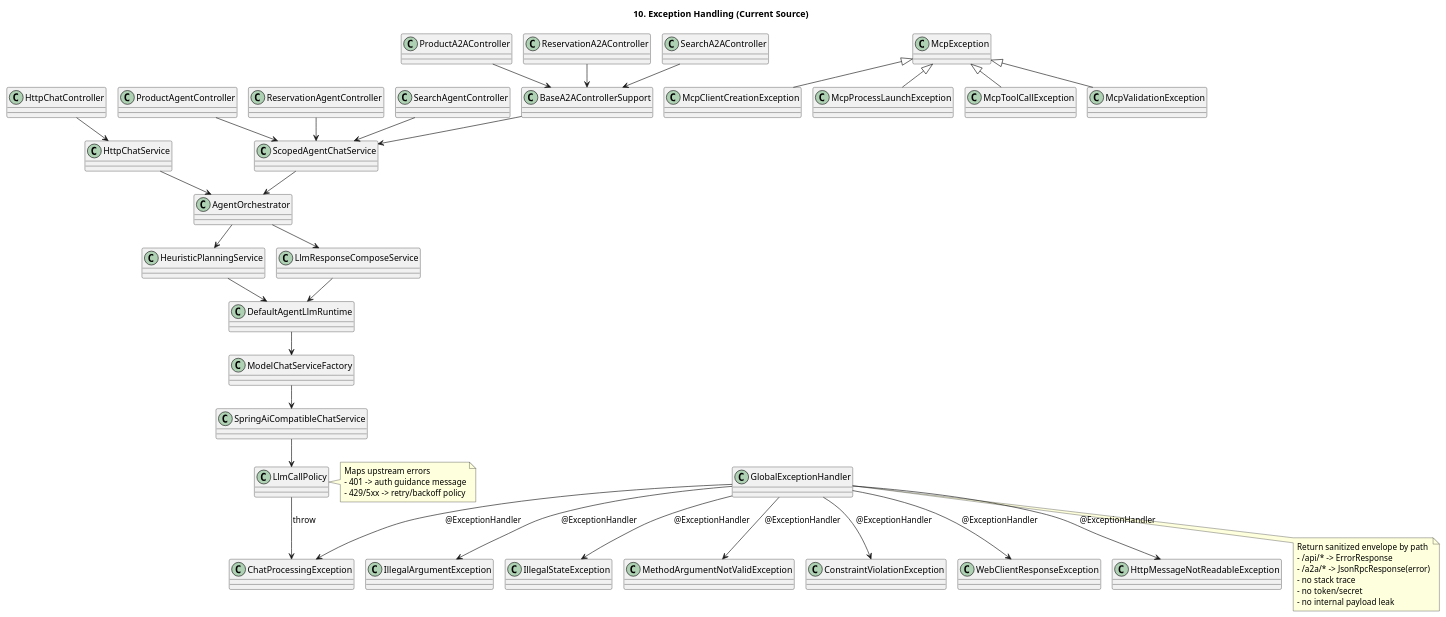
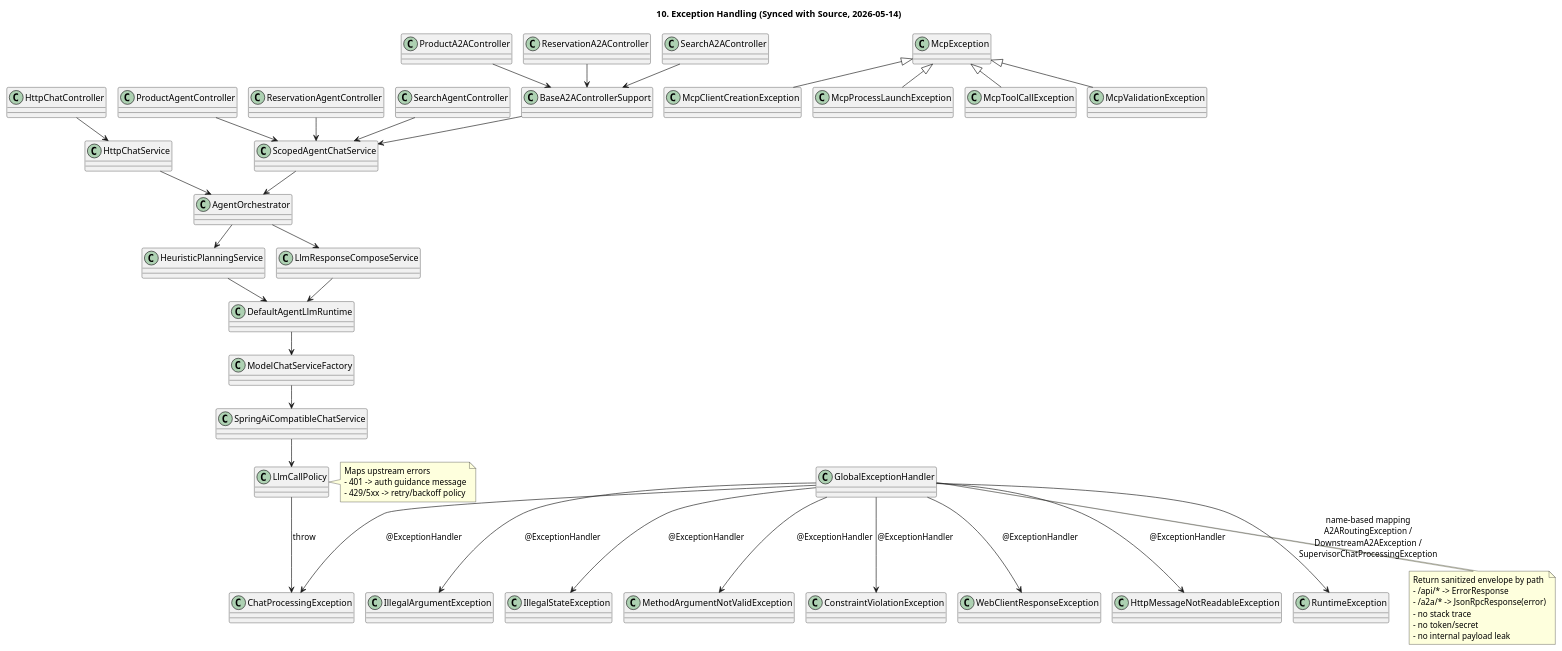
Before and after one commit to kim57uak/spring-ai: the diagram in documents/mcp-orchestrator-architecture/10-exception-handling.puml, drawn with PlantUML. The commit also changed 139 other files, not shown here.

```diff
--- a/documents/mcp-orchestrator-architecture/10-exception-handling.puml
+++ b/documents/mcp-orchestrator-architecture/10-exception-handling.puml
@@ -1,81 +1,82 @@
 @startuml
 !pragma layout smetana
-title 10. Exception Handling (Current Source)
+title 10. Exception Handling (Synced with Source, 2026-05-14)
 
 skinparam shadowing false
 skinparam componentStyle rectangle
 
 class HttpChatController
 class ProductAgentController
 class ReservationAgentController
 class SearchAgentController
 class BaseA2AControllerSupport
 class ProductA2AController
 class ReservationA2AController
 class SearchA2AController
 class HttpChatService
 class ScopedAgentChatService
 class AgentOrchestrator
 class HeuristicPlanningService
 class LlmResponseComposeService
 class DefaultAgentLlmRuntime
 class ModelChatServiceFactory
 class LlmCallPolicy
 class SpringAiCompatibleChatService
 class GlobalExceptionHandler
 
 class ChatProcessingException
 class McpException
 class McpClientCreationException
 class McpProcessLaunchException
 class McpToolCallException
 class McpValidationException
 
 HttpChatController --> HttpChatService
 ProductAgentController --> ScopedAgentChatService
 ReservationAgentController --> ScopedAgentChatService
 SearchAgentController --> ScopedAgentChatService
 ProductA2AController --> BaseA2AControllerSupport
 ReservationA2AController --> BaseA2AControllerSupport
 SearchA2AController --> BaseA2AControllerSupport
 BaseA2AControllerSupport --> ScopedAgentChatService
 ScopedAgentChatService --> AgentOrchestrator
 HttpChatService --> AgentOrchestrator
 AgentOrchestrator --> HeuristicPlanningService
 AgentOrchestrator --> LlmResponseComposeService
 HeuristicPlanningService --> DefaultAgentLlmRuntime
 LlmResponseComposeService --> DefaultAgentLlmRuntime
 DefaultAgentLlmRuntime --> ModelChatServiceFactory
 ModelChatServiceFactory --> SpringAiCompatibleChatService
 SpringAiCompatibleChatService --> LlmCallPolicy
 
 LlmCallPolicy --> ChatProcessingException : throw
 GlobalExceptionHandler --> ChatProcessingException : @ExceptionHandler
 GlobalExceptionHandler --> IllegalArgumentException : @ExceptionHandler
 GlobalExceptionHandler --> IllegalStateException : @ExceptionHandler
 GlobalExceptionHandler --> MethodArgumentNotValidException : @ExceptionHandler
 GlobalExceptionHandler --> ConstraintViolationException : @ExceptionHandler
 GlobalExceptionHandler --> WebClientResponseException : @ExceptionHandler
 GlobalExceptionHandler --> HttpMessageNotReadableException : @ExceptionHandler
+GlobalExceptionHandler --> RuntimeException : name-based mapping\nA2ARoutingException /\nDownstreamA2AException /\nSupervisorChatProcessingException
 
 McpException <|-- McpClientCreationException
 McpException <|-- McpProcessLaunchException
 McpException <|-- McpToolCallException
 McpException <|-- McpValidationException
 
 note bottom of GlobalExceptionHandler
 Return sanitized envelope by path
 - /api/* -> ErrorResponse
 - /a2a/* -> JsonRpcResponse(error)
 - no stack trace
 - no token/secret
 - no internal payload leak
 end note
 
 note right of LlmCallPolicy
 Maps upstream errors
 - 401 -> auth guidance message
 - 429/5xx -> retry/backoff policy
 end note
 
 @enduml
```
